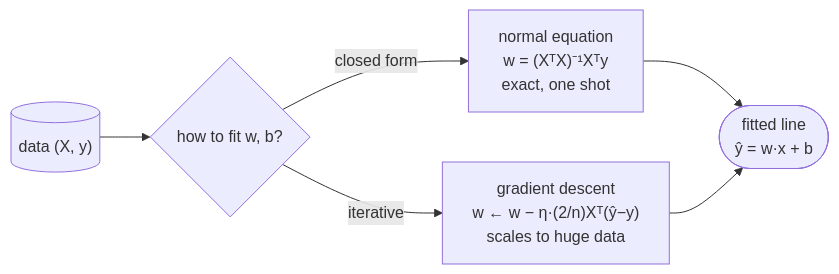
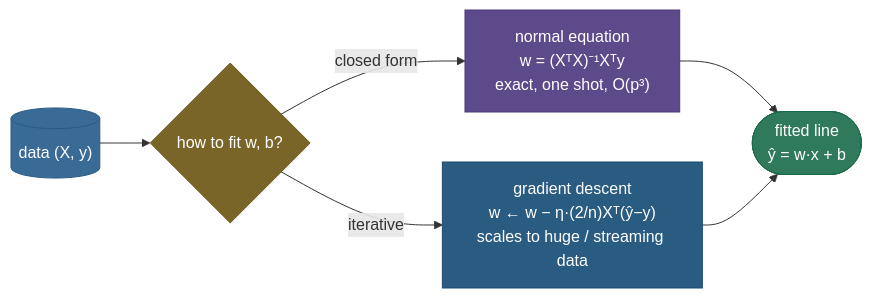
Before and after one commit to sudhir13s/AI-ML-learning-resources: the diagram in 03. Supervised_Learning/concepts/01-Linear-Regression.md, drawn with Mermaid. The commit also changed other lines of this file and 4 other files, not shown here.

````diff
--- a/03. Supervised_Learning/concepts/01-Linear-Regression.md
+++ b/03. Supervised_Learning/concepts/01-Linear-Regression.md
@@ -61,8 +124,14 @@
 ```mermaid
 graph LR
     D[("data (X, y)")]:::data --> Q{"how to fit w, b?"}:::amber
-    Q -->|"closed form"| N["normal equation<br/>w = (XᵀX)⁻¹Xᵀy<br/>exact, one shot"]:::process
-    Q -->|"iterative"| G["gradient descent<br/>w ← w − η·(2/n)Xᵀ(ŷ−y)<br/>scales to huge data"]:::navy
+    Q -->|"closed form"| N["normal equation<br/>w = (XᵀX)⁻¹Xᵀy<br/>exact, one shot, O(p³)"]:::process
+    Q -->|"iterative"| G["gradient descent<br/>w ← w − η·(2/n)Xᵀ(ŷ−y)<br/>scales to huge / streaming data"]:::navy
     N --> O(["fitted line<br/>ŷ = w·x + b"]):::out
     G --> O
+
+    classDef data fill:#3A6B96,stroke:#2A5B86,color:#fff
+    classDef amber fill:#7A6528,stroke:#6A5518,color:#fff
+    classDef process fill:#5D4A8A,stroke:#4D3A7A,color:#fff
+    classDef navy fill:#2A5B80,stroke:#1A4B70,color:#fff
+    classDef out fill:#2E7A5A,stroke:#1E6A4A,color:#fff
 ```
````
